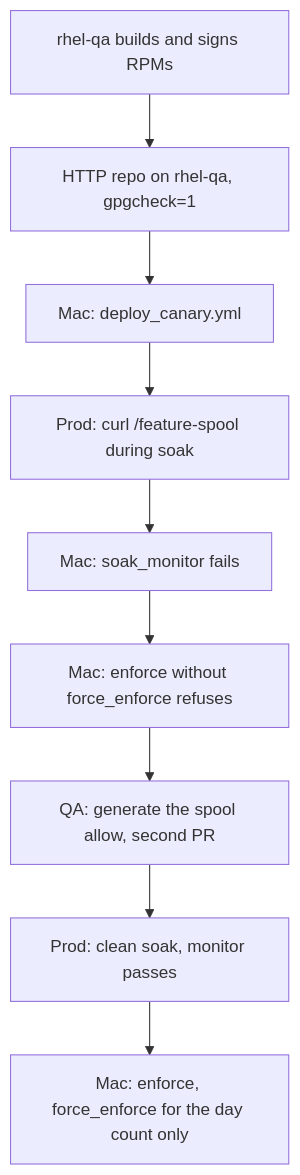
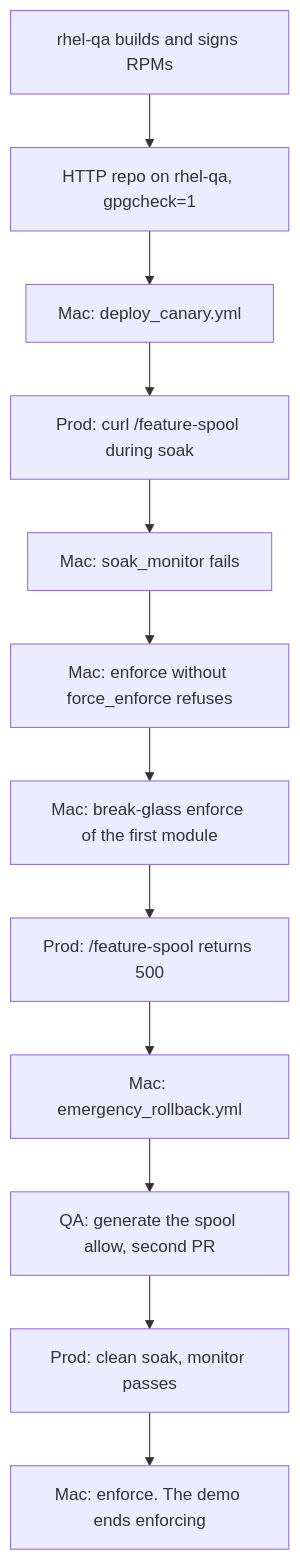
The seventh of 7 diagrams in docs/demo/302-TECHNICAL.md (anurag-saran/selinux-pac), drawn with Mermaid before and after one commit. The commit also changed other lines of this file and 3 other files, not shown here.

First line of the commit message:
Show the enforcing outage and the rollback before the spool allow is generated.

````diff
--- a/docs/demo/302-TECHNICAL.md
+++ b/docs/demo/302-TECHNICAL.md
@@ -158,11 +158,14 @@
 ```mermaid
 flowchart TD
   rpm["rhel-qa builds and signs RPMs"] --> repo["HTTP repo on rhel-qa, gpgcheck=1"]
   repo --> canary["Mac: deploy_canary.yml"]
   canary --> soak["Prod: curl /feature-spool during soak"]
   soak --> mon["Mac: soak_monitor fails"]
   mon --> refuse["Mac: enforce without force_enforce refuses"]
-  refuse --> fix["QA: generate the spool allow, second PR"]
+  refuse --> glass["Mac: break-glass enforce of the first module"]
+  glass --> outage["Prod: /feature-spool returns 500"]
+  outage --> roll["Mac: emergency_rollback.yml"]
+  roll --> fix["QA: generate the spool allow, second PR"]
   fix --> clean["Prod: clean soak, monitor passes"]
-  clean --> enf["Mac: enforce, force_enforce for the day count only"]
+  clean --> enf["Mac: enforce. The demo ends enforcing"]
 ```
````
